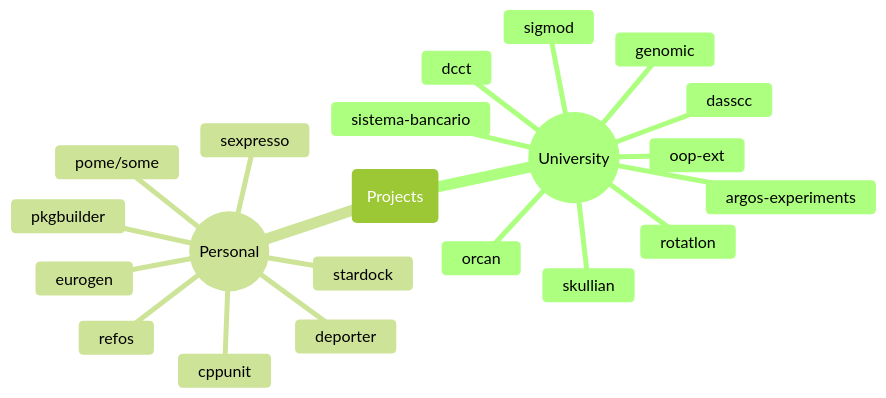
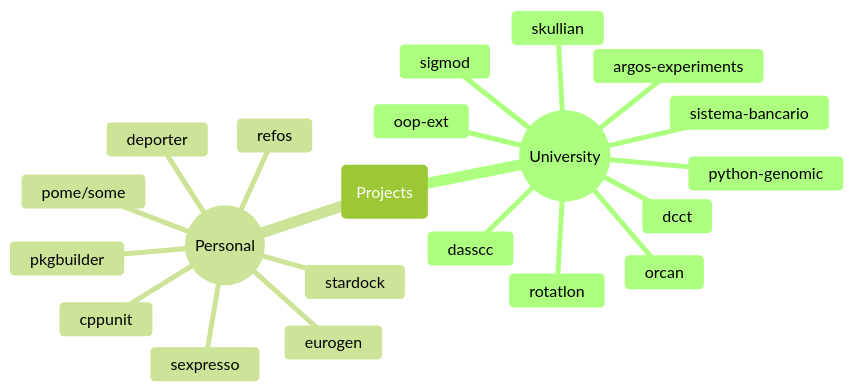
Before and after one commit to frefolli/frefolli: the sixth of 6 diagrams in README.md, drawn with Mermaid (forest theme). The commit also changed other lines of this file and 1 other file, not shown here.

````diff
--- a/README.md
+++ b/README.md
@@ -132,24 +132,24 @@
 ```mermaid
 mindmap
   root(Projects)
     ((University))
       skullian
       dcct
       dasscc
-      genomic
+      python-genomic
       sigmod
       orcan
       argos-experiments
       oop-ext
       sistema-bancario
       rotatlon
     ((Personal))
       stardock
       deporter
       eurogen
       cppunit
       sexpresso
       pkgbuilder
       pome/some
       refos
 ```
````
